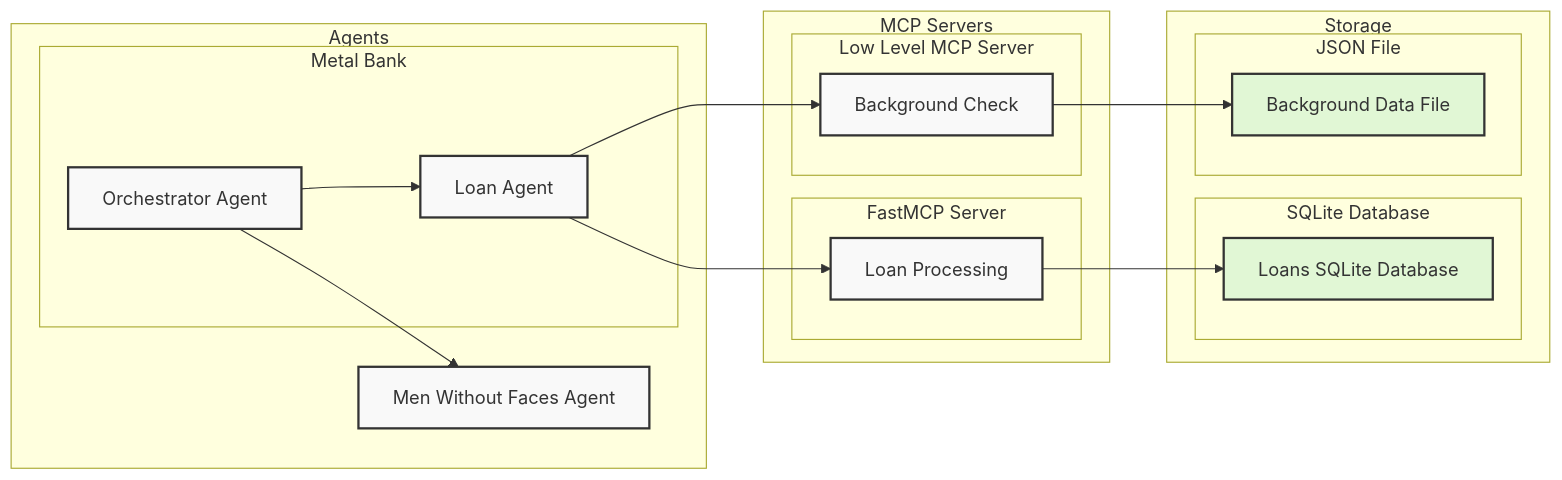
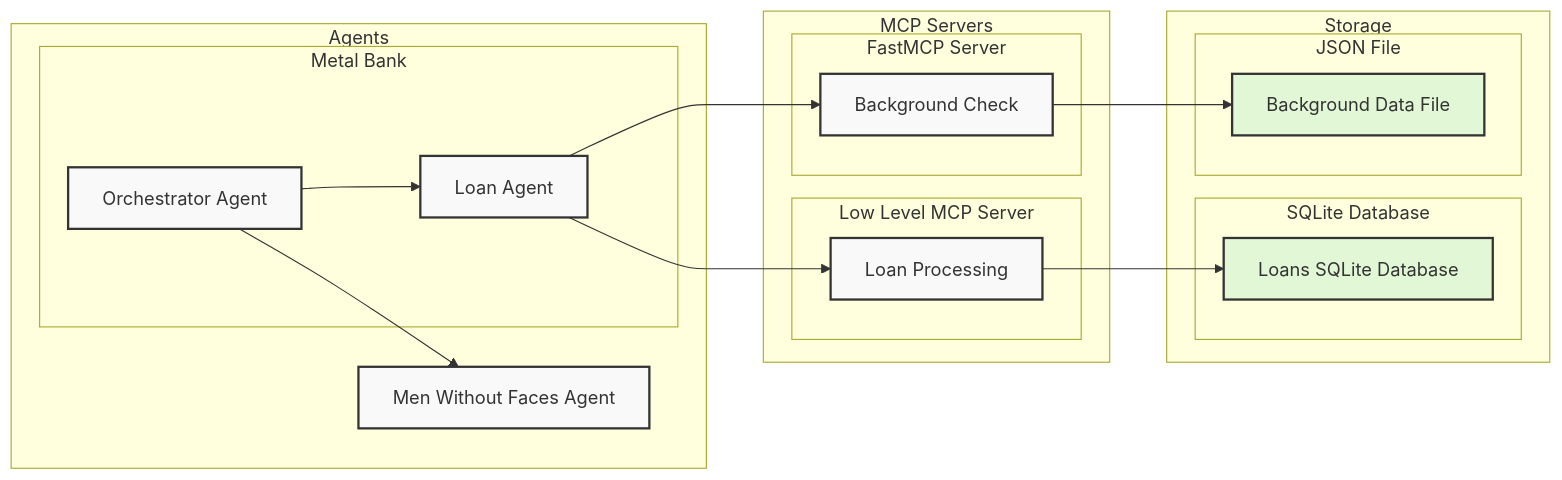
The diagram in README.md (MKand/agenticprotocols), drawn with Mermaid before and after one commit. The commit also changed other lines of this file, not shown here.

Commit message:
fixed issue with mermaid

````diff
--- a/README.md
+++ b/README.md
@@ -49,40 +49,40 @@
 ```mermaid
 flowchart LR
     subgraph AGENTS[Agents]
         subgraph MB[Metal Bank]
             ROOT[Orchestrator Agent]
             MBA[Loan Agent]
         end
         MWF[Men Without Faces Agent]
     end
 
     subgraph SERVICES[MCP Servers]
         subgraph FAST[FastMCP Server]
-            LOAN[Loan Processing]
+            BG[Background Check]
         end
         subgraph LOW[Low Level MCP Server]
-            BG[Background Check]
+            LOAN[Loan Processing]
         end
     end
 
     subgraph DATA[Storage]
       subgraph SQLDB[SQLite Database]
           DB[Loans SQLite Database]
         end
         subgraph JSONDB[JSON File]
             JSON[Background Data File]
         end
     end
 
     ROOT --> MBA
     ROOT --> MWF
     MBA --> LOAN
     MBA --> BG
     LOAN --> DB
     BG --> JSON
 
     %% Styling
     classDef default fill:#f9f9f9,stroke:#333,stroke-width:2px;
     classDef storage fill:#e1f7d5,stroke:#333;
     class DB,JSON storage
 ```
````
